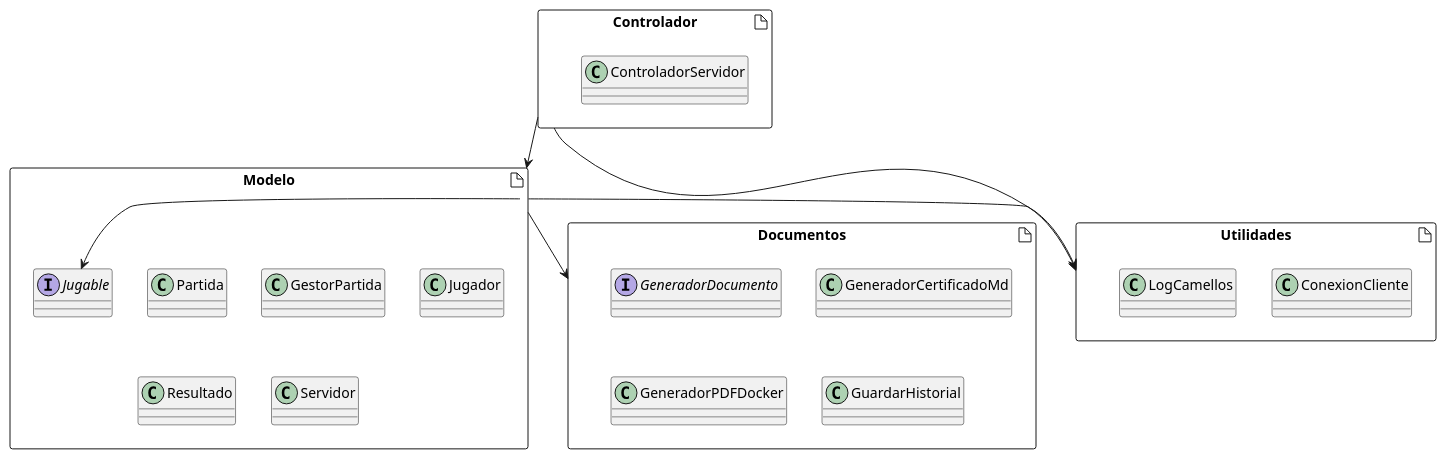
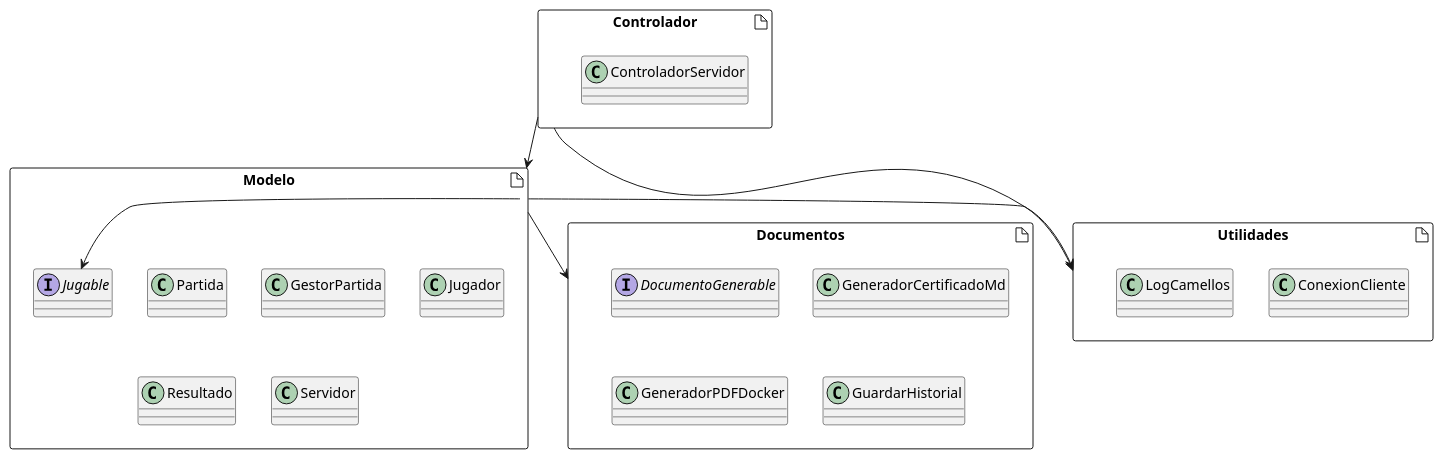
Before and after one commit to Saykek/AppCamellos: the diagram in carreracamellos/documentacion/disenio/diagrama.puml, drawn with PlantUML. The commit also changed 23 other files, not shown here.

```diff
--- a/carreracamellos/documentacion/disenio/diagrama.puml
+++ b/carreracamellos/documentacion/disenio/diagrama.puml
@@ -3,45 +3,45 @@
 @startuml
 skinparam componentStyle rectangle
 allowmixing
 
 
 
 
 ' Componentes
 artifact "Documentos" as Documentos {
-    interface "GeneradorDocumento" as GeneradorDocumento
+    interface "DocumentoGenerable" as GeneradorDocumento
     class GeneradorCertificadoMd
     class GeneradorPDFDocker
     class GuardarHistorial
 }
 
 artifact "Modelo" as Modelo {
     class Partida
     class GestorPartida
     class Jugador
     class Resultado
     class Servidor
     interface "Jugable" as Jugable
 
 }
 artifact "Utilidades" as utilidades {
     class ConexionCliente
     class LogCamellos
 }
 
 artifact "Controlador" as Controlador {
     class ControladorServidor
     
 }
 
 
 
 Modelo --> Jugable
 Modelo --> utilidades
 Modelo --> Documentos
 Controlador --> Modelo
 Controlador --> utilidades
 
 
 
 @enduml
```
